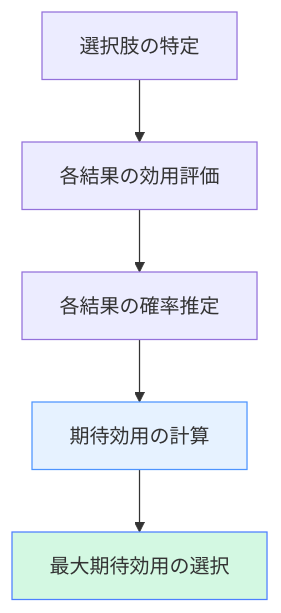
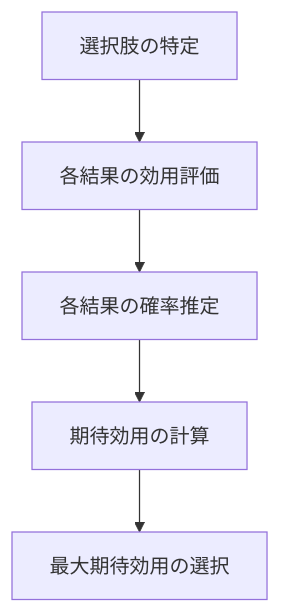
One commit to shuji-bonji/Situational-Awareness-and-Decision-Making changed the second of 9 diagrams in docs/decision-making-guide/uncertainty.md. Above: the diagram before and after it, drawn with Mermaid. The commit also changed other lines of this file and 49 other files, not shown here.

Commit message:
fix: ダークモードで見づらい図の色の変更

````diff
--- a/docs/decision-making-guide/uncertainty.md
+++ b/docs/decision-making-guide/uncertainty.md
@@ -88,10 +88,10 @@
     ```mermaid
     graph TB
         A[選択肢の特定] --> B[各結果の効用評価]
         B --> C[各結果の確率推定]
         C --> D[期待効用の計算]
         D --> E[最大期待効用の選択]
         
-        style D fill:#e6f2ff,stroke:#4d94ff
-        style E fill:#d3f8e2,stroke:#4d7fff
+    
+    
     ```
````
